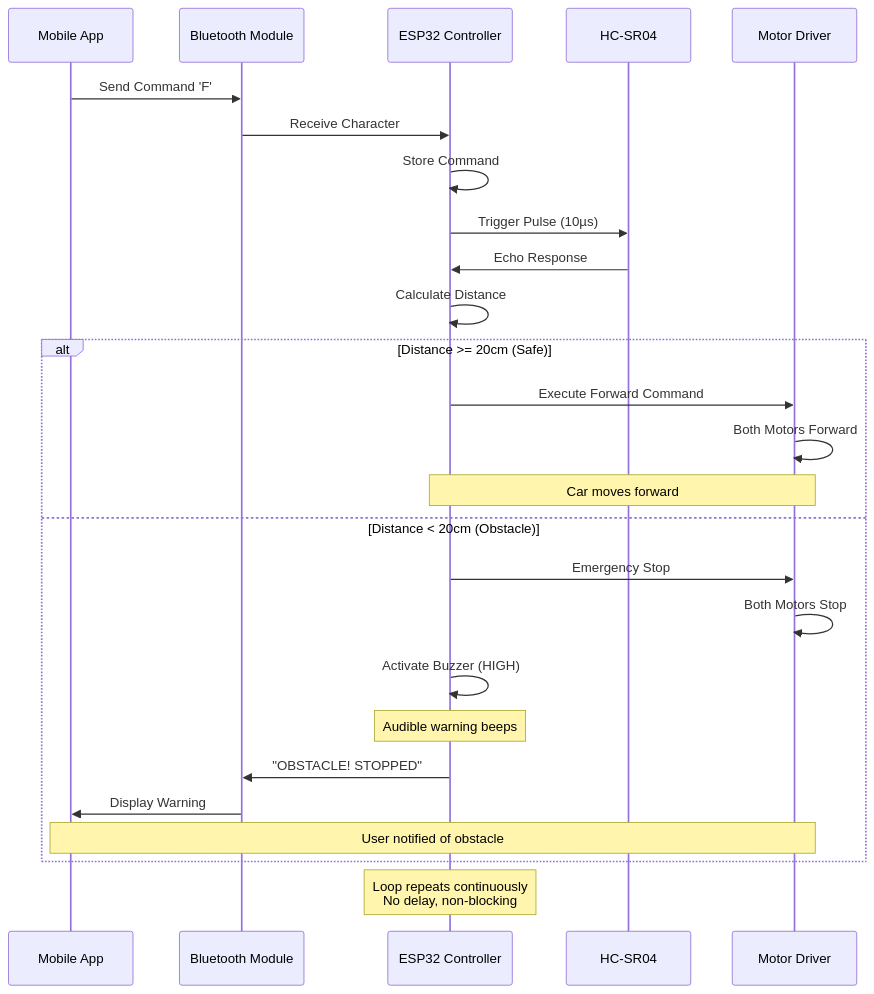
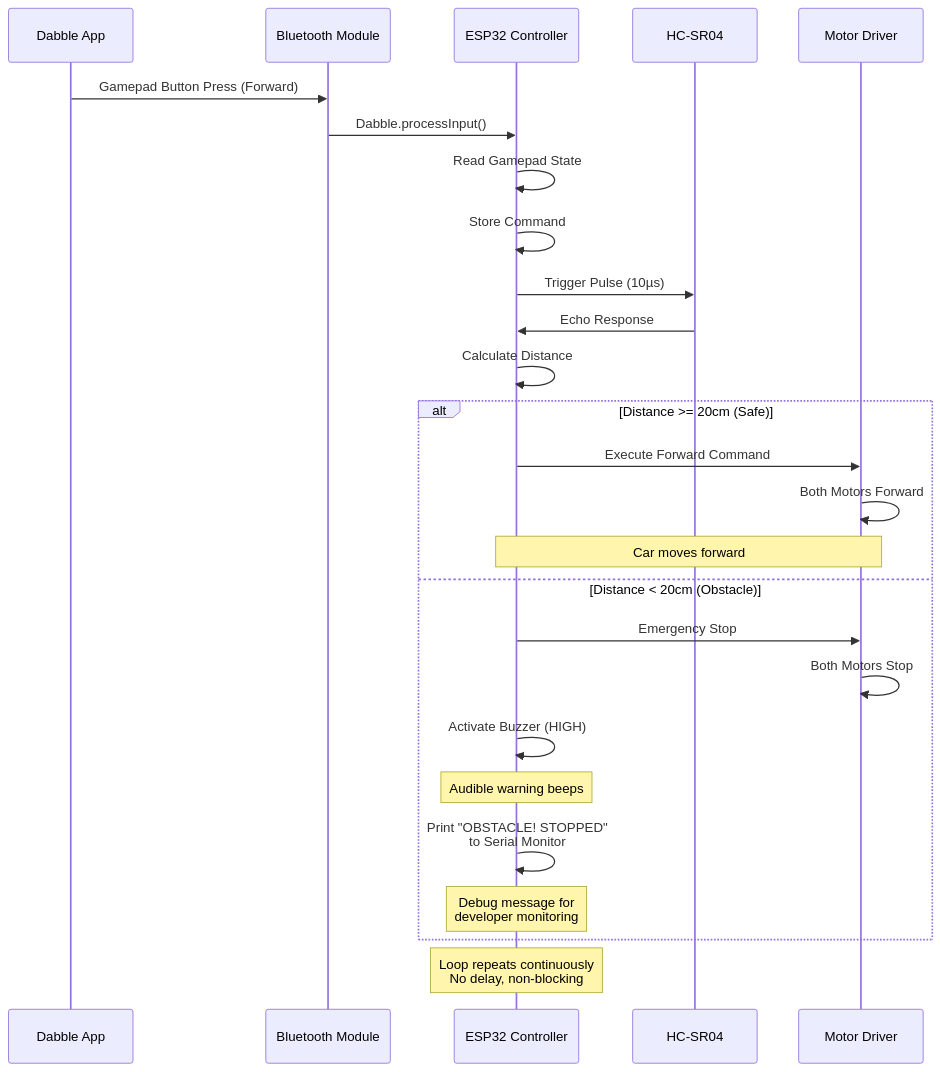
One commit to bishal1b/BluetoothEnabledIOTCar changed the sixth of 12 diagrams in PROJECT_DOCUMENTATION.md. Above: the diagram before and after it, drawn with Mermaid. The commit also changed other lines of this file and 2 other files, not shown here.

First line of the commit message:
Update Bluetooth communication to use Dabble app and add .gitignore

````diff
--- a/PROJECT_DOCUMENTATION.md
+++ b/PROJECT_DOCUMENTATION.md
@@ -408,32 +409,32 @@
 ```mermaid
 sequenceDiagram
-    participant App as Mobile App
+    participant App as Dabble App
     participant BT as Bluetooth Module
     participant ESP as ESP32 Controller
     participant Sensor as HC-SR04
     participant Motors as Motor Driver
     
-    App->>BT: Send Command 'F'
-    BT->>ESP: Receive Character
+    App->>BT: Gamepad Button Press (Forward)
+    BT->>ESP: Dabble.processInput()
+    ESP->>ESP: Read Gamepad State
     ESP->>ESP: Store Command
     
     ESP->>Sensor: Trigger Pulse (10µs)
     Sensor->>ESP: Echo Response
     ESP->>ESP: Calculate Distance
     
     alt Distance >= 20cm (Safe)
         ESP->>Motors: Execute Forward Command
         Motors->>Motors: Both Motors Forward
         Note over ESP,Motors: Car moves forward
     else Distance < 20cm (Obstacle)
         ESP->>Motors: Emergency Stop
         Motors->>Motors: Both Motors Stop
         ESP->>ESP: Activate Buzzer (HIGH)
         Note over ESP: Audible warning beeps
-        ESP->>BT: "OBSTACLE! STOPPED"
-        BT->>App: Display Warning
-        Note over App,Motors: User notified of obstacle
+        ESP->>ESP: Print "OBSTACLE! STOPPED"<br/>to Serial Monitor
+        Note over ESP: Debug message for<br/>developer monitoring
     end
     
     Note over ESP: Loop repeats continuously<br/>No delay, non-blocking
 ```
````
